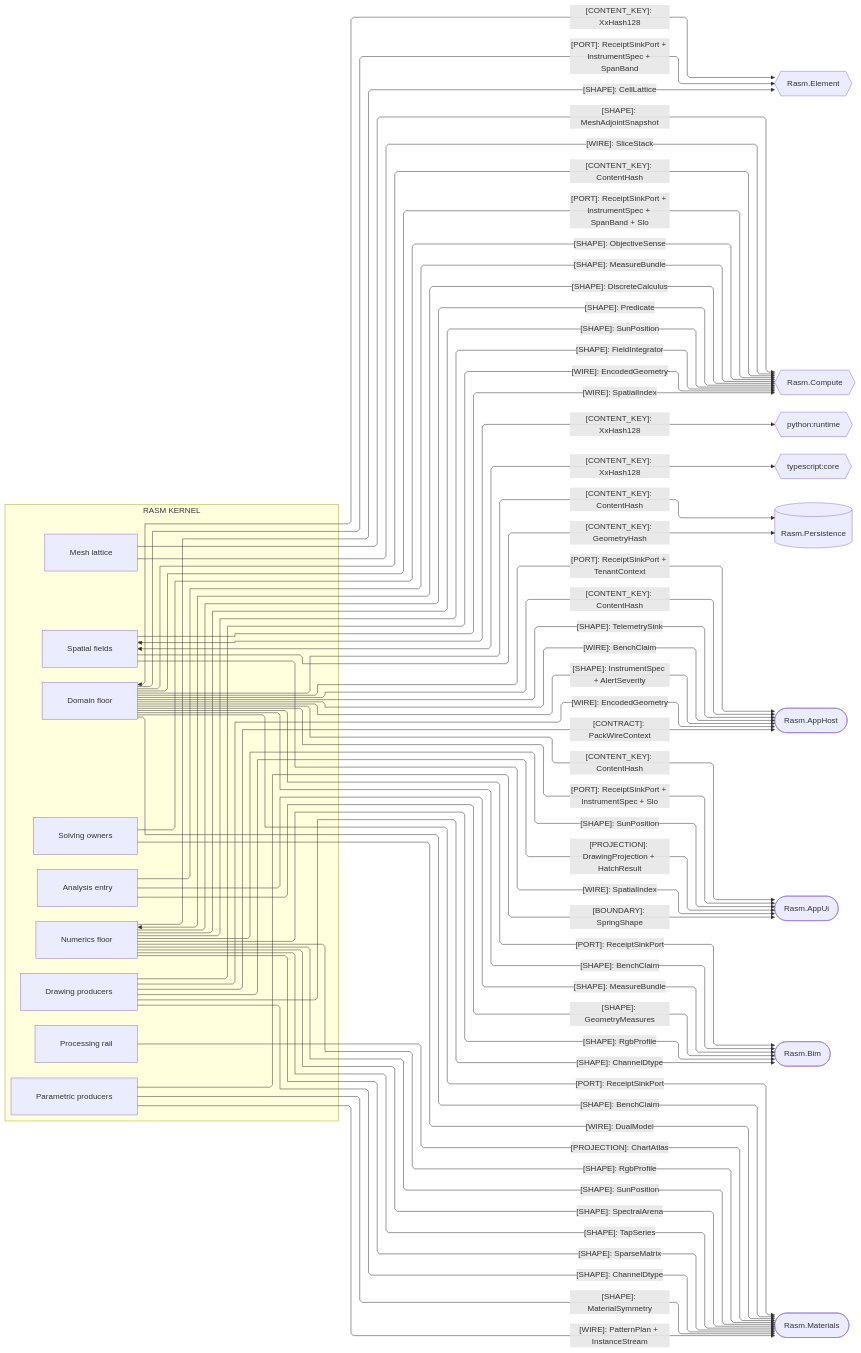
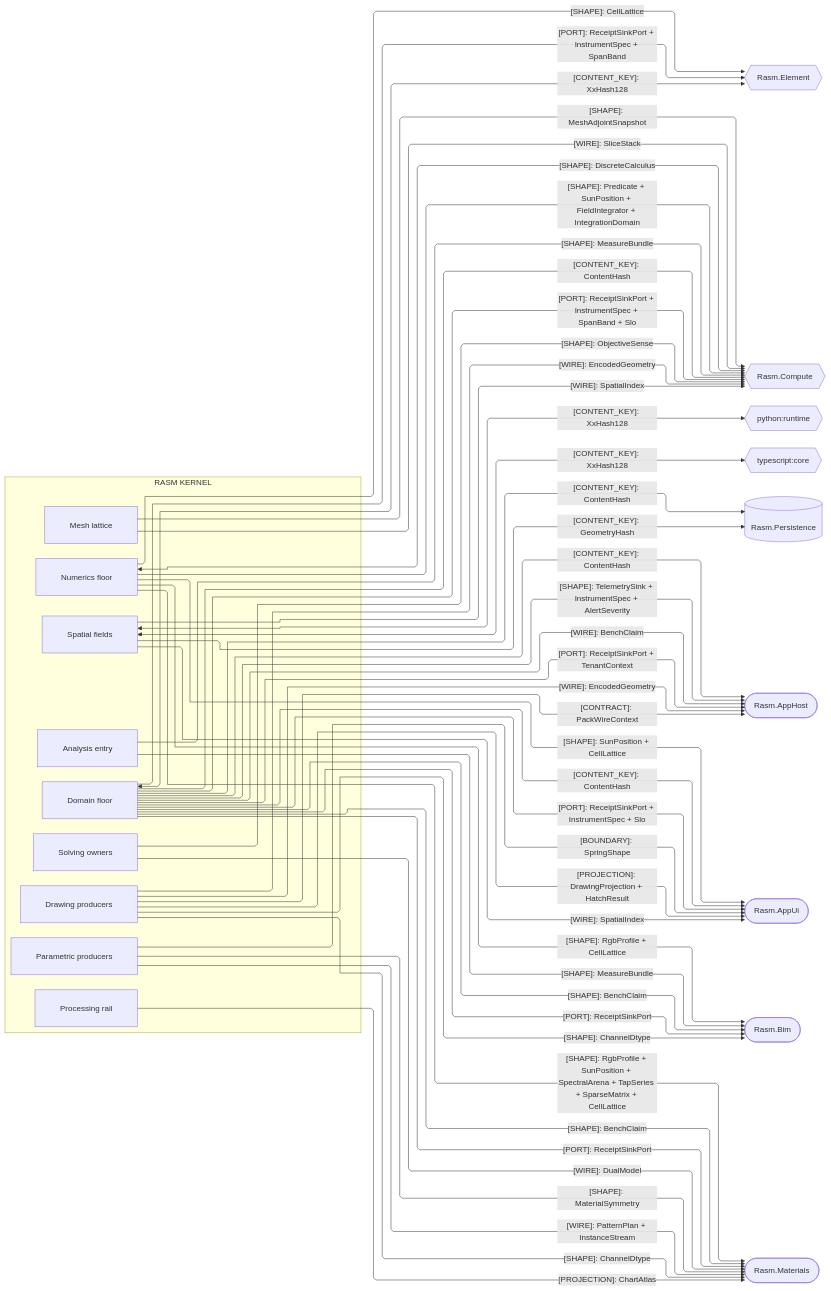
Before and after one commit to bsamiee/Rasm: the second of 4 diagrams in libs/csharp/Rasm/ARCHITECTURE.md, drawn with Mermaid. The commit also changed other lines of this file and 56 other files, not shown here.

````diff
--- a/libs/csharp/Rasm/ARCHITECTURE.md
+++ b/libs/csharp/Rasm/ARCHITECTURE.md
@@ -171,82 +171,74 @@
 ```mermaid
 ---
 config:
   layout: elk
   flowchart:
     curve: linear
     padding: 25
 ---
 flowchart LR
     accTitle: Kernel content-key and compute-plane seams
-    accDescr: Which content keys, shapes, ports, and wires the kernel owners hand to same-branch and cross-runtime peers.
+    accDescr: Which content keys, shapes, ports, wires, and projections the kernel owners hand same-branch and cross-runtime peers.
     subgraph rasm[RASM KERNEL]
         Domain[Domain floor]
         Numerics[Numerics floor]
         Spatial[Spatial fields]
         Meshing[Mesh lattice]
         Parametric[Parametric producers]
         Processing[Processing rail]
         Solving[Solving owners]
         Drawing[Drawing producers]
         Analysis[Analysis entry]
     end
     Element{{Rasm.Element}}
     Compute{{Rasm.Compute}}
     Runtime{{python:runtime}}
     Core{{typescript:core}}
     Persistence[(Rasm.Persistence)]
     AppHost([Rasm.AppHost])
     AppUi([Rasm.AppUi])
     Bim([Rasm.Bim])
     Materials([Rasm.Materials])
     Domain e1@<-->|"[CONTENT_KEY]: XxHash128"| Element
-    Domain e2@-->|"[CONTENT_KEY]: ContentHash"| Persistence
-    Domain e3@-->|"[CONTENT_KEY]: ContentHash"| Compute
-    Domain e4@-->|"[CONTENT_KEY]: ContentHash"| AppHost
-    Domain e5@-->|"[CONTENT_KEY]: ContentHash"| AppUi
-    Spatial e6@-->|"[CONTENT_KEY]: GeometryHash"| Persistence
-    Spatial e7@<-->|"[CONTENT_KEY]: XxHash128"| Runtime
-    Spatial e8@<-->|"[CONTENT_KEY]: XxHash128"| Core
-    Numerics e9@<-->|"[SHAPE]: DiscreteCalculus"| Compute
-    Numerics e10@-->|"[SHAPE]: Predicate"| Compute
-    Meshing e11@-->|"[SHAPE]: MeshAdjointSnapshot"| Compute
-    Meshing e12@-->|"[WIRE]: SliceStack"| Compute
-    Spatial e13@-->|"[WIRE]: SpatialIndex"| Compute
-    Drawing e14@-->|"[WIRE]: EncodedGeometry"| Compute
-    Drawing e15@-->|"[WIRE]: EncodedGeometry"| AppHost
-    Drawing e16@-->|"[CONTRACT]: PackWireContext"| AppHost
-    Domain e17@-->|"[SHAPE]: TelemetrySink"| AppHost
-    Domain e18@-->|"[WIRE]: BenchClaim"| AppHost
-    Domain e19@-->|"[SHAPE]: InstrumentSpec + AlertSeverity"| AppHost
-    Domain e20@-->|"[PORT]: ReceiptSinkPort + TenantContext"| AppHost
-    Domain e21@-->|"[PORT]: ReceiptSinkPort + InstrumentSpec + Slo"| AppUi
-    Domain e22@-->|"[PORT]: ReceiptSinkPort + InstrumentSpec + SpanBand + Slo"| Compute
-    Analysis e23@-->|"[SHAPE]: GeometryMeasures"| Bim
-    Domain e24@-->|"[PORT]: ReceiptSinkPort + InstrumentSpec + SpanBand"| Element
-    Domain e25@-->|"[PORT]: ReceiptSinkPort"| Bim
-    Domain e26@-->|"[PORT]: ReceiptSinkPort"| Materials
-    Domain e27@-->|"[SHAPE]: BenchClaim"| Materials
-    Domain e28@-->|"[SHAPE]: BenchClaim"| Bim
-    Numerics e29@-->|"[SHAPE]: CellLattice"| Element
-    Numerics e30@-->|"[SHAPE]: RgbProfile"| Bim
-    Numerics e31@-->|"[SHAPE]: RgbProfile"| Materials
-    Numerics e32@-->|"[SHAPE]: SunPosition"| Compute
-    Numerics e33@-->|"[SHAPE]: SunPosition"| AppUi
-    Numerics e34@-->|"[SHAPE]: SunPosition"| Materials
-    Numerics e35@-->|"[SHAPE]: SpectralArena"| Materials
-    Numerics e36@-->|"[SHAPE]: TapSeries"| Materials
-    Numerics e37@-->|"[SHAPE]: SparseMatrix"| Materials
-    Numerics e38@-->|"[SHAPE]: FieldIntegrator"| Compute
-    Drawing e39@-->|"[PROJECTION]: DrawingProjection + HatchResult"| AppUi
-    Parametric e40@-->|"[BOUNDARY]: SpringShape"| AppUi
-    Spatial e41@-->|"[WIRE]: SpatialIndex"| AppUi
-    Solving e42@-->|"[WIRE]: DualModel"| Materials
-    Drawing e43@-->|"[SHAPE]: ChannelDtype"| Materials
-    Processing e44@-->|"[PROJECTION]: ChartAtlas"| Materials
-    Parametric e45@-->|"[WIRE]: PatternPlan + InstanceStream"| Materials
-    Parametric e46@-->|"[SHAPE]: MaterialSymmetry"| Materials
-    Drawing e47@-->|"[SHAPE]: ChannelDtype"| Bim
-    Analysis e48@-->|"[SHAPE]: MeasureBundle"| Compute
-    Analysis e49@-->|"[SHAPE]: MeasureBundle"| Bim
-    Solving e50@-->|"[SHAPE]: ObjectiveSense"| Compute
+    Domain e2@-->|"[PORT]: ReceiptSinkPort + InstrumentSpec + SpanBand"| Element
+    Domain e3@-->|"[CONTENT_KEY]: ContentHash"| Persistence
+    Domain e4@-->|"[CONTENT_KEY]: ContentHash"| Compute
+    Domain e5@-->|"[PORT]: ReceiptSinkPort + InstrumentSpec + SpanBand + Slo"| Compute
+    Domain e6@-->|"[CONTENT_KEY]: ContentHash"| AppHost
+    Domain e7@-->|"[SHAPE]: TelemetrySink + InstrumentSpec + AlertSeverity"| AppHost
+    Domain e8@-->|"[WIRE]: BenchClaim"| AppHost
+    Domain e9@-->|"[PORT]: ReceiptSinkPort + TenantContext"| AppHost
+    Domain e10@-->|"[CONTENT_KEY]: ContentHash"| AppUi
+    Domain e11@-->|"[PORT]: ReceiptSinkPort + InstrumentSpec + Slo"| AppUi
+    Domain e12@-->|"[SHAPE]: BenchClaim"| Bim
+    Domain e13@-->|"[PORT]: ReceiptSinkPort"| Bim
+    Domain e14@-->|"[SHAPE]: BenchClaim"| Materials
+    Domain e15@-->|"[PORT]: ReceiptSinkPort"| Materials
+    Numerics e16@<-->|"[SHAPE]: DiscreteCalculus"| Compute
+    Numerics e17@-->|"[SHAPE]: Predicate + SunPosition + FieldIntegrator + IntegrationDomain"| Compute
+    Numerics e18@-->|"[SHAPE]: CellLattice"| Element
+    Numerics e19@-->|"[SHAPE]: RgbProfile + CellLattice"| Bim
+    Numerics e20@-->|"[SHAPE]: SunPosition + CellLattice"| AppUi
+    Numerics e21@-->|"[SHAPE]: RgbProfile + SunPosition + SpectralArena + TapSeries + SparseMatrix + CellLattice"| Materials
+    Spatial e22@<-->|"[CONTENT_KEY]: XxHash128"| Runtime
+    Spatial e23@<-->|"[CONTENT_KEY]: XxHash128"| Core
+    Spatial e24@-->|"[CONTENT_KEY]: GeometryHash"| Persistence
+    Spatial e25@-->|"[WIRE]: SpatialIndex"| Compute
+    Spatial e26@-->|"[WIRE]: SpatialIndex"| AppUi
+    Meshing e27@-->|"[SHAPE]: MeshAdjointSnapshot"| Compute
+    Meshing e28@-->|"[WIRE]: SliceStack"| Compute
+    Parametric e29@-->|"[BOUNDARY]: SpringShape"| AppUi
+    Parametric e30@-->|"[SHAPE]: MaterialSymmetry"| Materials
+    Parametric e31@-->|"[WIRE]: PatternPlan + InstanceStream"| Materials
+    Processing e32@-->|"[PROJECTION]: ChartAtlas"| Materials
+    Solving e33@-->|"[SHAPE]: ObjectiveSense"| Compute
+    Solving e34@-->|"[WIRE]: DualModel"| Materials
+    Drawing e35@-->|"[WIRE]: EncodedGeometry"| Compute
+    Drawing e36@-->|"[CONTRACT]: PackWireContext"| AppHost
+    Drawing e37@-->|"[WIRE]: EncodedGeometry"| AppHost
+    Drawing e38@-->|"[PROJECTION]: DrawingProjection + HatchResult"| AppUi
+    Drawing e39@-->|"[SHAPE]: ChannelDtype"| Bim
+    Drawing e40@-->|"[SHAPE]: ChannelDtype"| Materials
+    Analysis e41@-->|"[SHAPE]: MeasureBundle"| Compute
+    Analysis e42@-->|"[SHAPE]: MeasureBundle"| Bim
 ```
````
